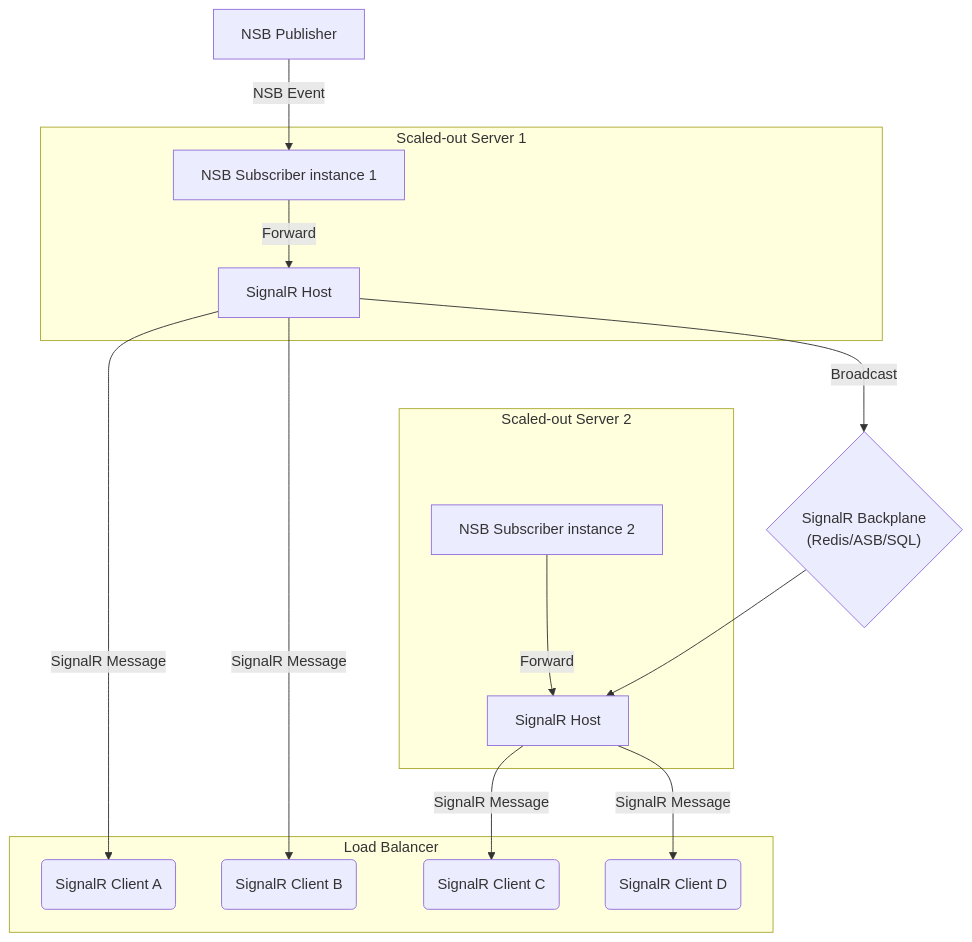
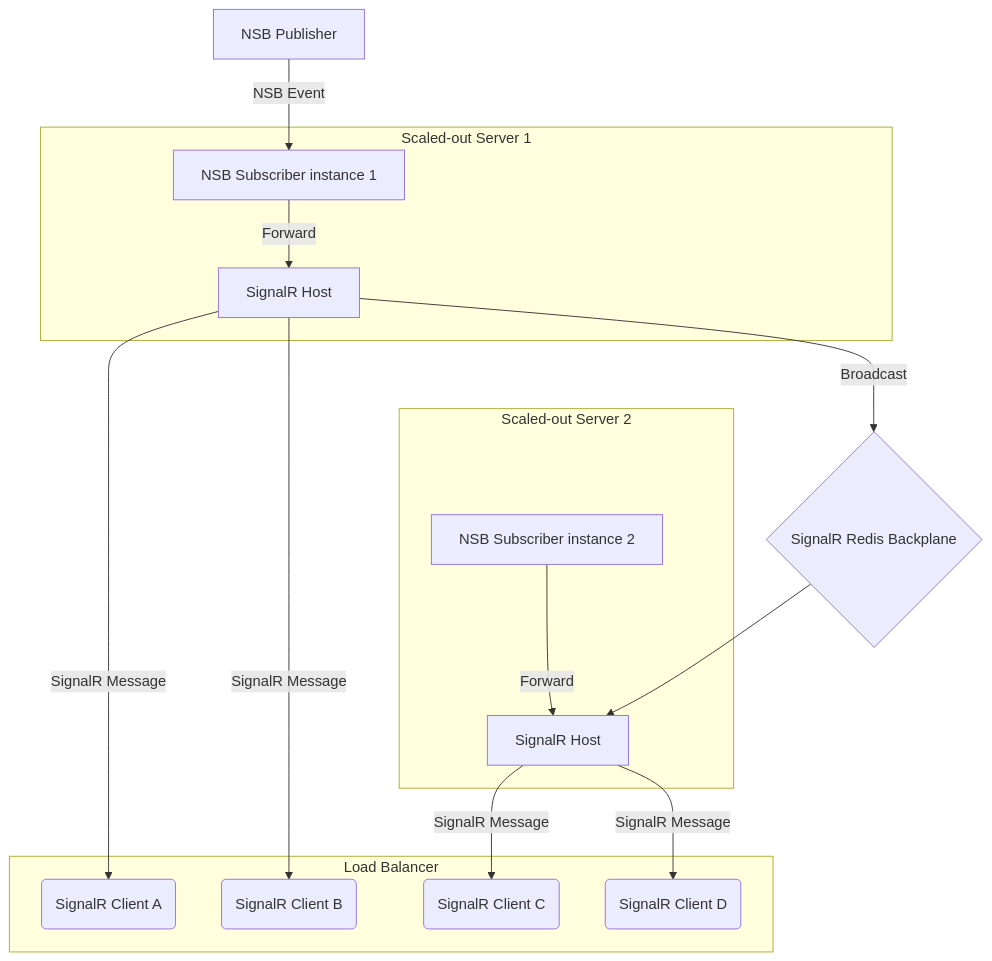
The diagram in samples/near-realtime-clients/sample.md (Particular/docs.particular.net), drawn with Mermaid before and after one commit. The commit also changed other lines of this file and 2 other files, not shown here.

````diff
--- a/samples/near-realtime-clients/sample.md
+++ b/samples/near-realtime-clients/sample.md
@@ -62,28 +73,28 @@
 ```mermaid
 graph TD
 NP[NSB Publisher]
    subgraph Scaled-out Server 1
       NS1[NSB Subscriber instance 1]
       SS1[SignalR Host]
    end
    subgraph Scaled-out Server 2
       NS2[NSB Subscriber instance 2]
       SS2[SignalR Host]
    end
    subgraph Load Balancer
       CA(SignalR Client A)
       CB(SignalR Client B)
       CC(SignalR Client C)
       CD(SignalR Client D)
    end
-   BP{"SignalR Backplane<br/>(Redis/ASB/SQL)"}
+   BP{"SignalR Redis Backplane"}
 NP -->|NSB Event|NS1
 NS1-->|Forward|SS1
 NS2-->|Forward|SS2
 SS1-->|Broadcast|BP
 BP-->SS2
 SS1-->|SignalR Message|CA
 SS1-->|SignalR Message|CB
 SS2-->|SignalR Message|CC
 SS2-->|SignalR Message|CD
 ```
````
